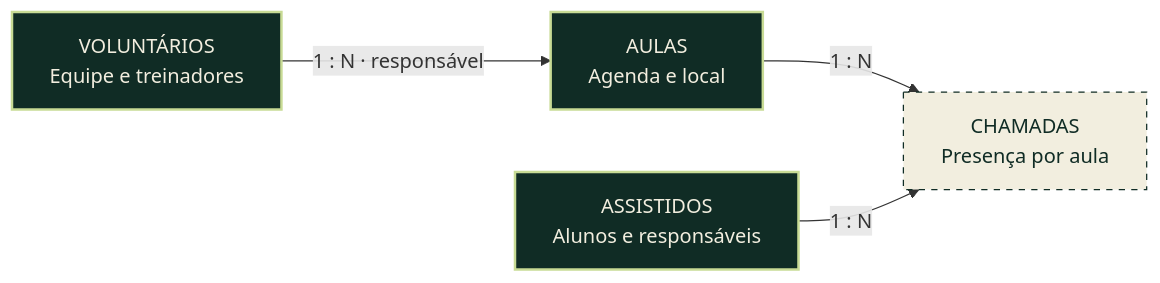
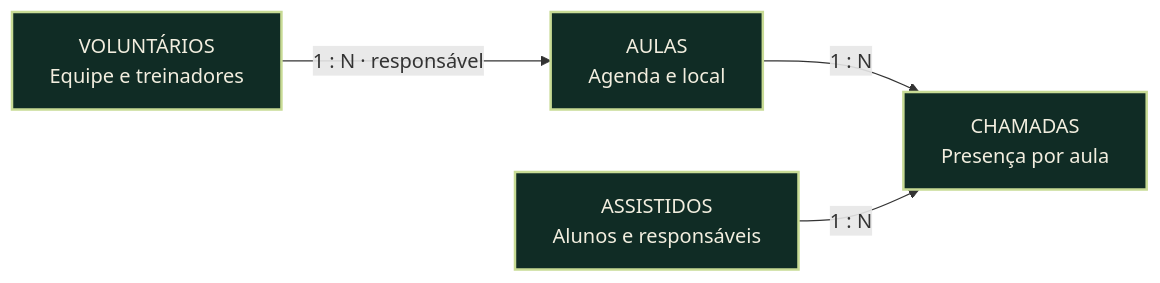
The diagram in README.md (Glegorio/Backend_Python_PI_FastAPI), drawn with Mermaid before and after one commit. The commit also changed other lines of this file and 3 other files, not shown here.

````diff
--- a/README.md
+++ b/README.md
@@ -159,10 +168,8 @@
 ```mermaid
 flowchart LR
     V["VOLUNTÁRIOS<br/>Equipe e treinadores"] -->|"1 : N · responsável"| A["AULAS<br/>Agenda e local"]
     A -->|"1 : N"| C["CHAMADAS<br/>Presença por aula"]
     S["ASSISTIDOS<br/>Alunos e responsáveis"] -->|"1 : N"| C
     classDef implemented fill:#102C25,stroke:#C8DB95,color:#F2EEDF,stroke-width:2px;
-    classDef planned fill:#F2EEDF,stroke:#102C25,color:#102C25,stroke-dasharray:5 5;
-    class V,A,S implemented;
-    class C planned;
+    class V,A,S,C implemented;
 ```
````
